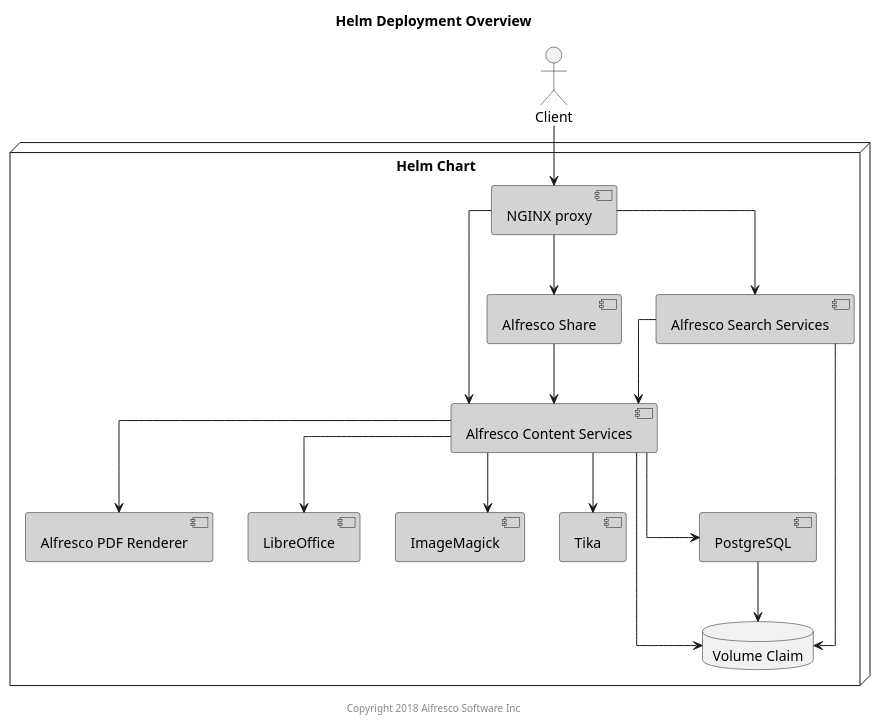
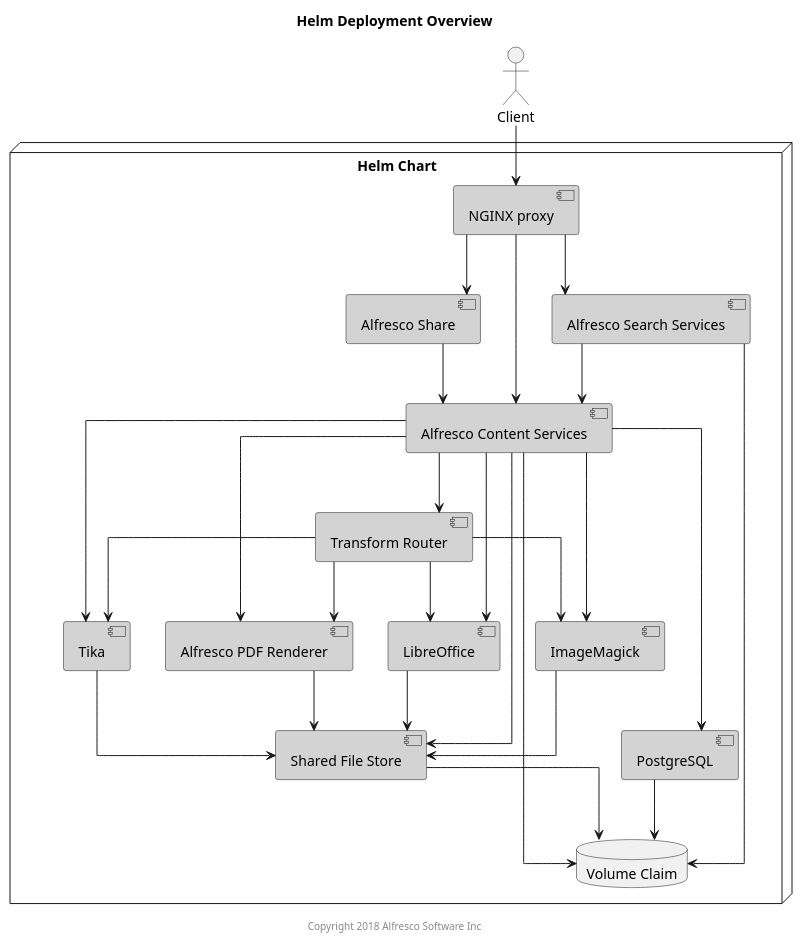
The diagram in docs/diagrams/helm-chart/helm-components.puml (Alfresco/acs-deployment), drawn with PlantUML before and after one commit. The commit also changed 3 other files, not shown here.

Commit message:
ATS-92 : The first Deployment update for ACS (Repo) to use ATS    - updated diagrams

```diff
--- a/docs/diagrams/helm-chart/helm-components.puml
+++ b/docs/diagrams/helm-chart/helm-components.puml
@@ -1,43 +1,56 @@
 @startuml
 
 Title: Helm Deployment Overview
 
 skinparam componentStyle uml2
 skinparam linetype ortho
 
 actor Client
 
 node "Helm Chart" {
     component "NGINX proxy" as nginx #lightgrey
     component "Alfresco Content Services" as acs #lightgrey
+    component "Transform Router" as trouter #lightgrey
+    component "Shared File Store" as sfs #lightgrey
     component "Alfresco Search Services" as ass #lightgrey
     component "PostgreSQL" as psql #lightgrey
     component "Alfresco PDF Renderer" as pdfr #lightgrey
     component "LibreOffice" as libr #lightgrey
     component "ImageMagick" as img #lightgrey
     component "Tika" as tika #lightgrey
     component "Alfresco Share" as share #lightgrey
     database "Volume Claim" as vc
 }
 
 Client --> nginx
 
 nginx --> acs
 nginx --> ass
 nginx --> share
 
 acs --> vc
 ass --> vc
 psql --> vc
+sfs --> vc
 
 ass --> acs
 acs --> psql
 acs --> pdfr
 acs --> libr
 acs --> img
 acs --> tika
+acs --> trouter
+acs --> sfs
+trouter --> pdfr
+trouter --> libr
+trouter --> img
+trouter --> tika
+pdfr --> sfs
+libr --> sfs
+img --> sfs
+tika --> sfs
 share --> acs
 
 center footer Copyright 2018 Alfresco Software Inc
 
 @enduml
```
